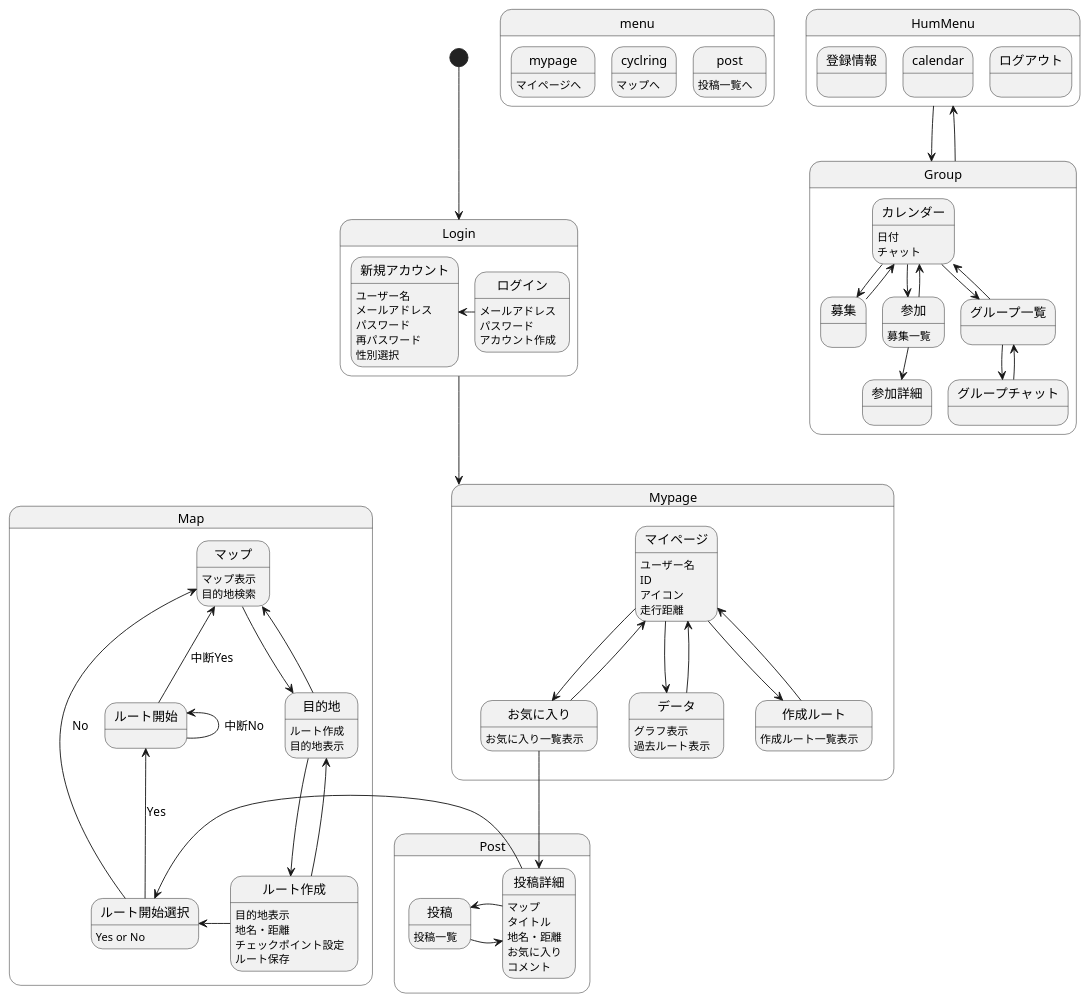
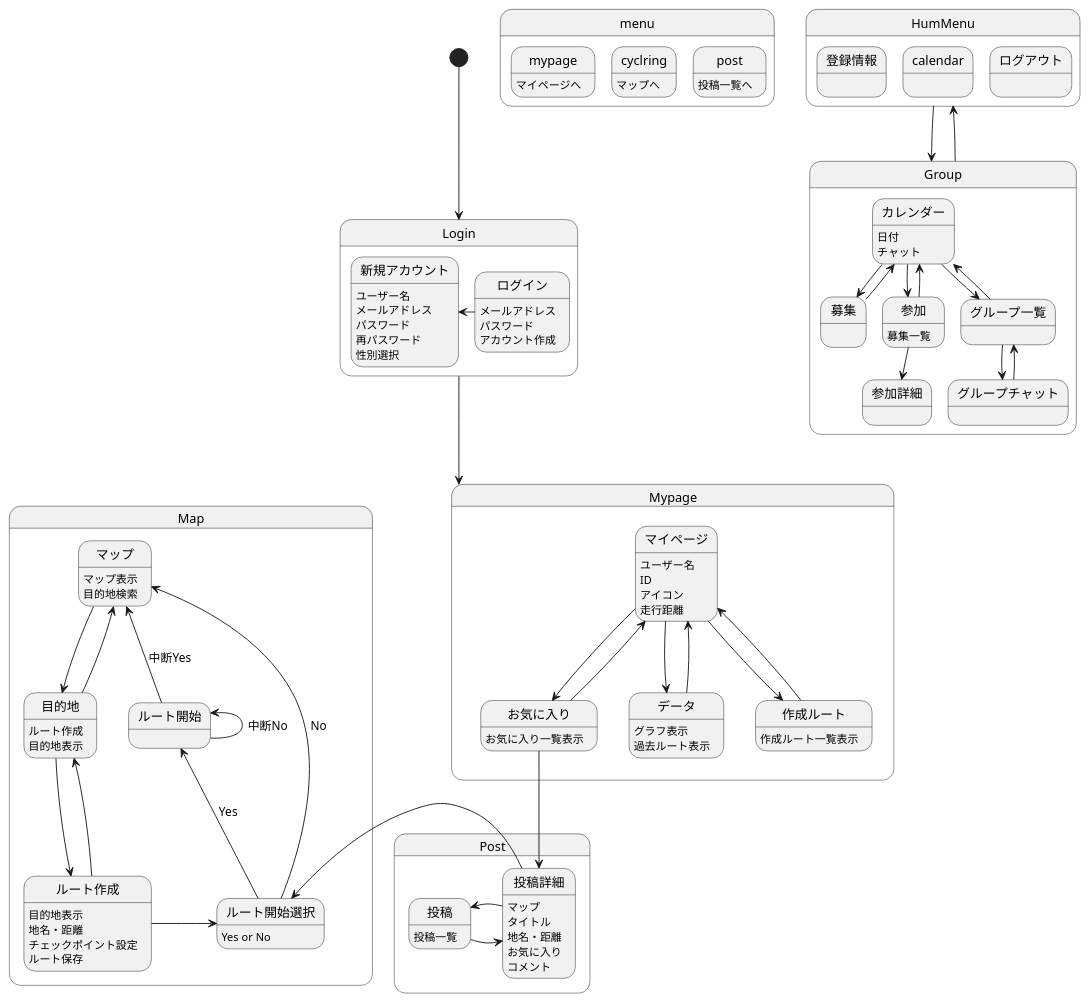
The diagram in 画面遷移図/gm.md (AsoSD3A3/CyclingSystem), drawn with PlantUML before and after one commit.

```diff
--- a/画面遷移図/gm.md
+++ b/画面遷移図/gm.md
@@ -81,7 +81,7 @@
 ルート作成:地名・距離
 ルート作成:チェックポイント設定
 ルート作成:ルート保存
-ルート作成-left->ルート開始選択
+ルート作成-right->ルート開始選択
 ルート開始選択:Yes or No
 ルート開始選択-up->ルート開始 :Yes
 ルート開始選択-up->マップ :No
```
